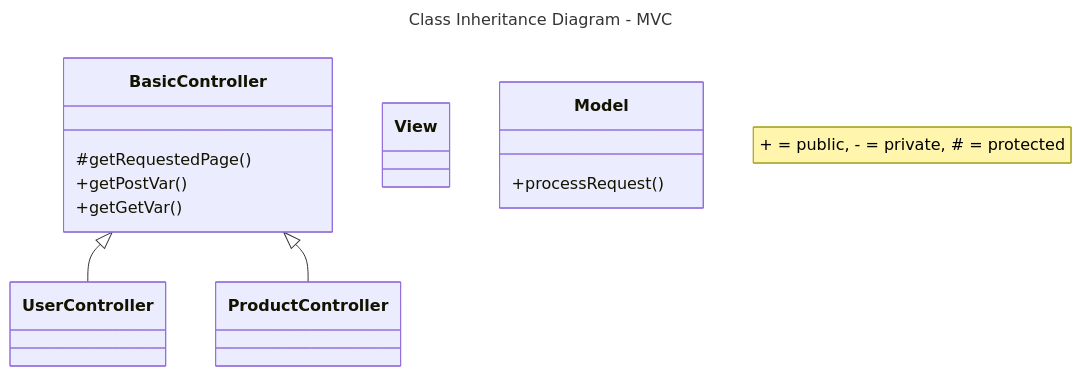
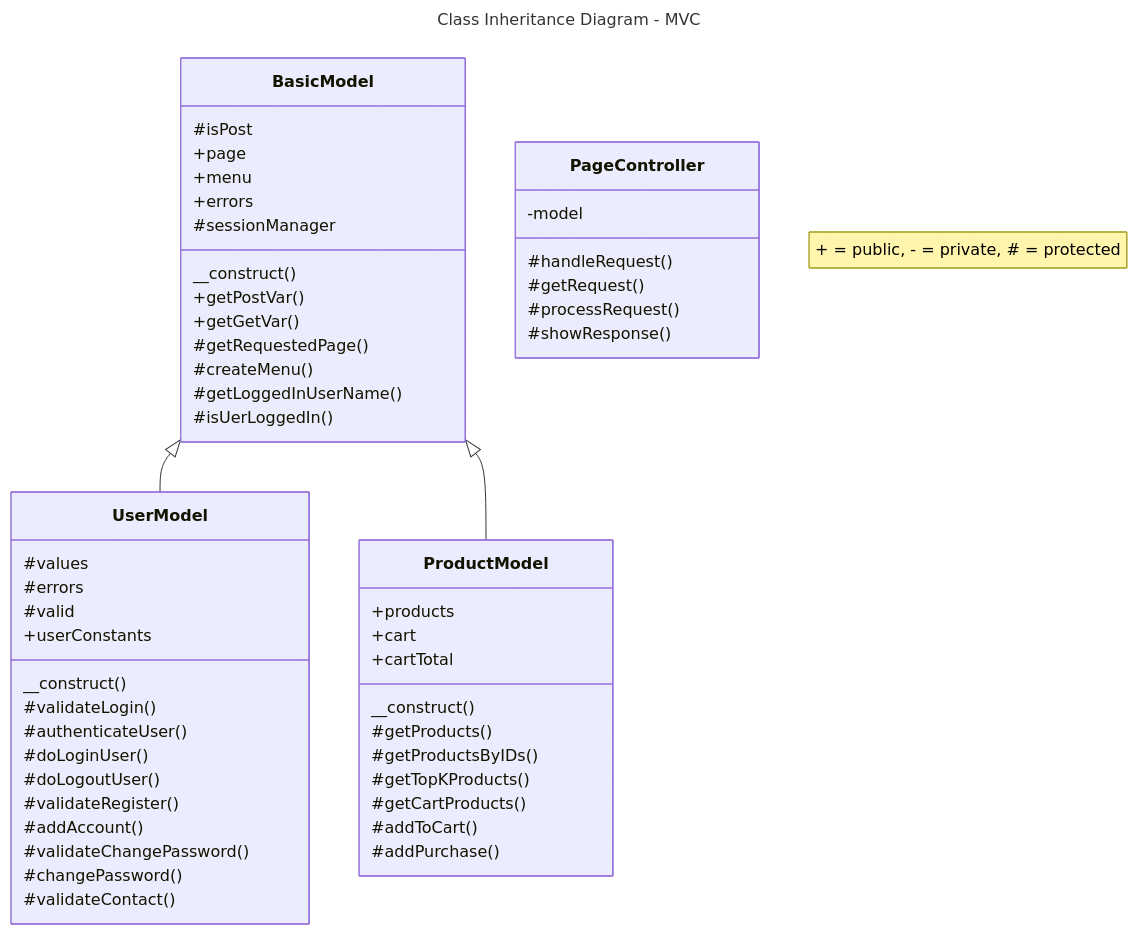
Before and after one commit to JeroenHeemskerk/educom-webshop-oop-1713521403: the diagram in Diagrams/class-inheritance-diagram-MVC.md, drawn with Mermaid.

Commit message:
02A: opdr 4.2, issue 5; werkversie MVC classDiagram

````diff
--- a/Diagrams/class-inheritance-diagram-MVC.md
+++ b/Diagrams/class-inheritance-diagram-MVC.md
@@ -1,34 +1,65 @@
 ```mermaid
 ---
 title: Class Inheritance Diagram - MVC
 ---
 classDiagram
     note "+ = public, - = private, # = protected"
     %% A <|-- B means that class B inherits from class A %%
 
-    BasicController <|-- UserController
-    BasicController <|-- ProductController
+    BasicModel <|-- UserModel
+    BasicModel <|-- ProductModel
 
-    class BasicController {
-        #getRequestedPage()
+    class PageController {
+        -model
+        #handleRequest()
+        #getRequest()
+        #processRequest()
+        #showResponse()
+
+    }
+    class BasicModel {
+        #isPost
+        +page
+        +menu
+        +errors
+        #sessionManager
+        __construct()
         +getPostVar()
         +getGetVar()
+        #getRequestedPage()
+        #createMenu()
+        #getLoggedInUserName()
+        #isUerLoggedIn()
     }
 
-    class UserController {
-        
+    class UserModel {
+        #values
+        #errors
+        #valid
+        +userConstants
+        __construct()
+        #validateLogin()
+        #authenticateUser()
+        #doLoginUser()
+        #doLogoutUser()
+        #validateRegister()
+        #addAccount()
+        #validateChangePassword()
+        #changePassword()
+        #validateContact()
     }
 
-    class ProductController {
-
-    }
-
-    class View {
-
-    }
-
-    class Model {
-        +processRequest()
+    class ProductModel {
+        +products
+        +cart
+        +cartTotal
+        __construct()
+        #getProducts()
+        #getProductsByIDs()
+        #getTopKProducts()
+        #getCartProducts()
+        #addToCart()
+        #addPurchase()
     }
 
 ```
````
